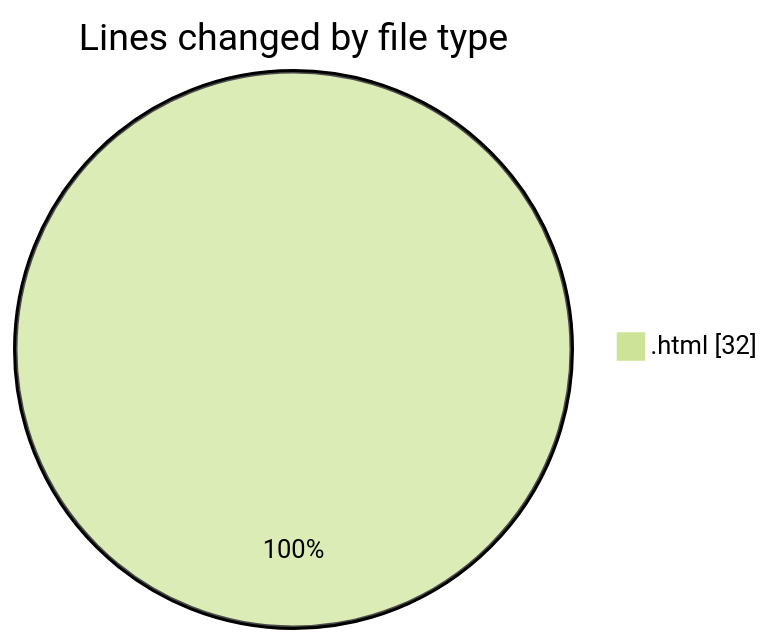
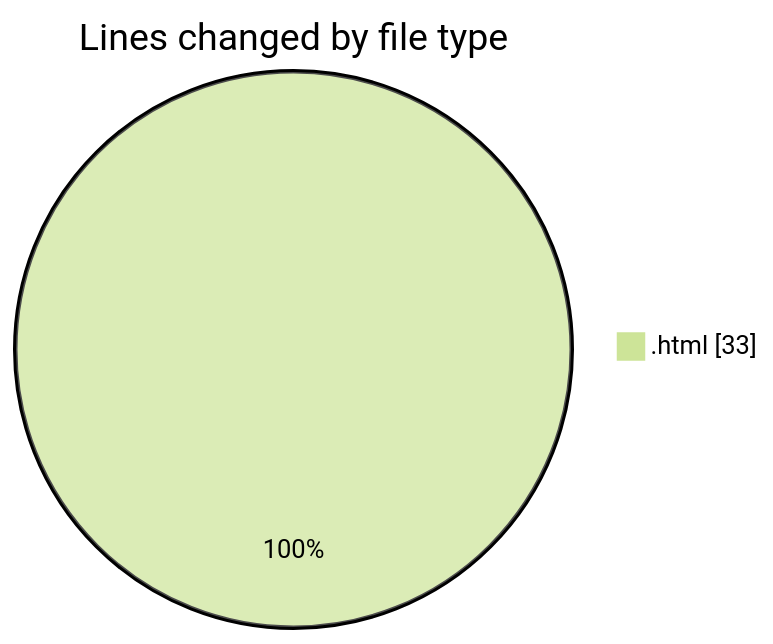
One commit to nxtqubesakshisongat/code-tracking changed the first of 2 diagrams in 2025-10-25/javacript/README.md. Above: the diagram before and after it, drawn with Mermaid (forest theme). The commit also changed other lines of this file and 1 other file, not shown here.

````diff
--- a/2025-10-25/javacript/README.md
+++ b/2025-10-25/javacript/README.md
@@ -20,5 +20,5 @@
 ```mermaid
 pie showData
 title Lines changed by file type
-".html" : 32
+".html" : 33
 ```
````
